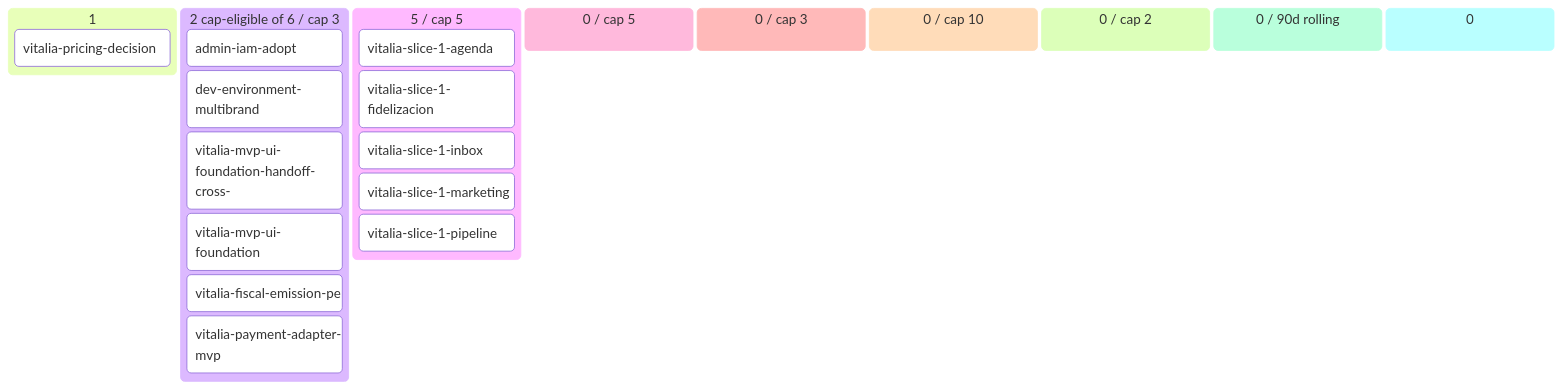
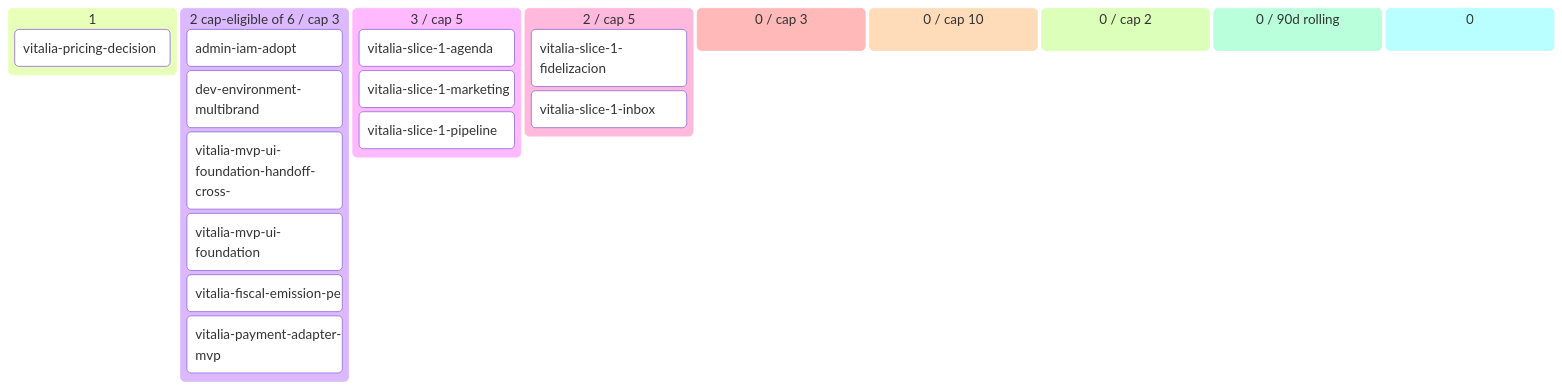
Before and after one commit to alpaca-purpura/luana-platform: the diagram in vitalia/docs/product/BACKLOG.md, drawn with Mermaid. The commit also changed other lines of this file and 25 other files, not shown here.

First line of the commit message:
docs(vitalia): Ola 1 ready packages cerrados — inbox + fidelización (paralelos)

````diff
--- a/vitalia/docs/product/BACKLOG.md
+++ b/vitalia/docs/product/BACKLOG.md
@@ -48,24 +47,24 @@
 ```mermaid
 kanban
   💡 Ideas (1)
     vitalia-pricing-decision[vitalia-pricing-decision]
   🔬 Refining (2 cap-eligible of 6 / cap 3)
     admin-iam-adopt[admin-iam-adopt]
     dev-environment-multibrand[dev-environment-multibrand]
     vitalia-mvp-ui-foundation-hand[vitalia-mvp-ui-foundation-handoff-cross-]
     vitalia-mvp-ui-foundation[vitalia-mvp-ui-foundation]
     vitalia-fiscal-emission-pe[vitalia-fiscal-emission-pe]
     vitalia-payment-adapter-mvp[vitalia-payment-adapter-mvp]
-  ✅ Refined (5 / cap 5)
+  ✅ Refined (3 / cap 5)
     vitalia-slice-1-agenda[vitalia-slice-1-agenda]
+    vitalia-slice-1-marketing[vitalia-slice-1-marketing]
+    vitalia-slice-1-pipeline[vitalia-slice-1-pipeline]
+  📦 Ready (2 / cap 5)
     vitalia-slice-1-fidelizacion[vitalia-slice-1-fidelizacion]
     vitalia-slice-1-inbox[vitalia-slice-1-inbox]
-    vitalia-slice-1-marketing[vitalia-slice-1-marketing]
-    vitalia-slice-1-pipeline[vitalia-slice-1-pipeline]
-  📦 Ready (0 / cap 5)
   🔨 Developing (0 / cap 3)
   🧪 Developed (0 / cap 10)
   🔍 Reviewing (0 / cap 2)
   ✅ Done (0 / 90d rolling)
   🅿 Parked (0)
 ```
````
